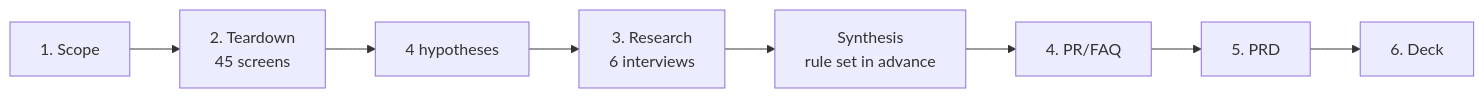
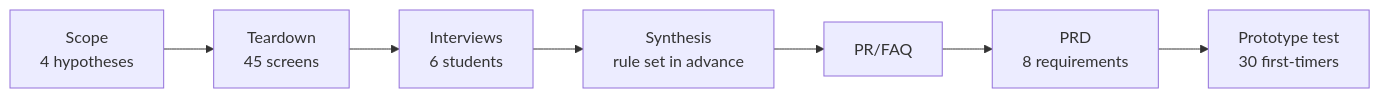
One commit to mghazwan06-star/revolut-investing-teardown changed the first of 2 diagrams in README.md. Above: the diagram before and after it, drawn with Mermaid. The commit also changed other lines of this file and 35 other files, not shown here.

First line of the commit message:
Redesign: 12-slide deck with results first, README rebuilt around the slides

````diff
--- a/README.md
+++ b/README.md
@@ -30,10 +60,9 @@
 ```mermaid
 flowchart LR
-    S["1. Scope"] --> T["2. Teardown<br/>45 screens"]
-    T --> H["4 hypotheses"]
-    H --> R["3. Research<br/>6 interviews"]
+    S["Scope<br/>4 hypotheses"] --> T["Teardown<br/>45 screens"]
+    T --> R["Interviews<br/>6 students"]
     R --> Y["Synthesis<br/>rule set in advance"]
-    Y --> P["4. PR/FAQ"]
-    P --> D["5. PRD"]
-    D --> K["6. Deck"]
+    Y --> P["PR/FAQ"]
+    P --> D["PRD<br/>8 requirements"]
+    D --> X["Prototype test<br/>30 first-timers"]
 ```
````
